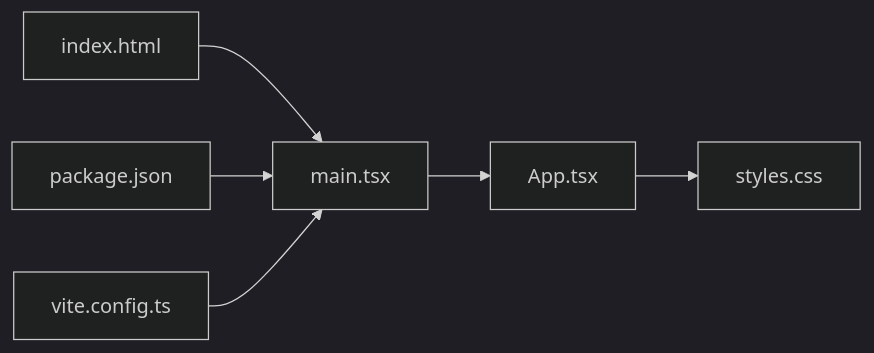
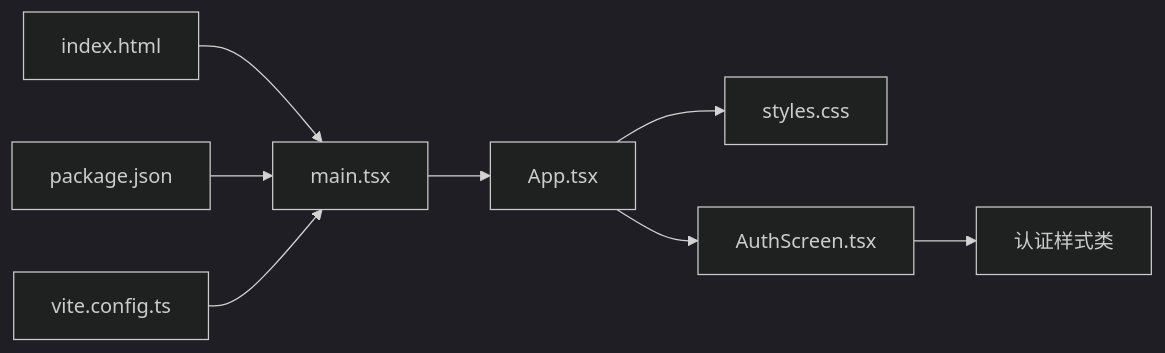
The fourth of 4 diagrams in .qoder/repowiki/zh/content/样式与主题系统.md (Maki3991/study-PactLedger), drawn with Mermaid (dark theme) before and after one commit. The commit also changed other lines of this file and 15 other files, not shown here.

````diff
--- a/.qoder/repowiki/zh/content/样式与主题系统.md
+++ b/.qoder/repowiki/zh/content/样式与主题系统.md
@@ -192,8 +283,10 @@
 ```mermaid
 graph LR
 H["index.html"] --> M["main.tsx"]
 M --> A["App.tsx"]
 A --> S["styles.css"]
+A --> AS["AuthScreen.tsx"]
+AS --> ACS["认证样式类"]
 P["package.json"] --> M
 V["vite.config.ts"] --> M
 ```
````
